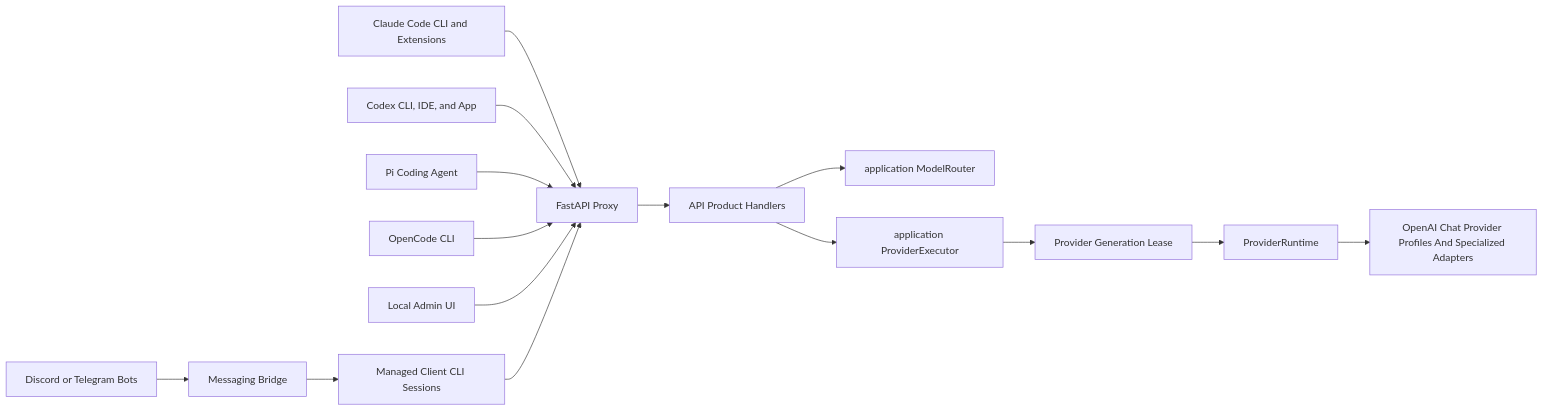
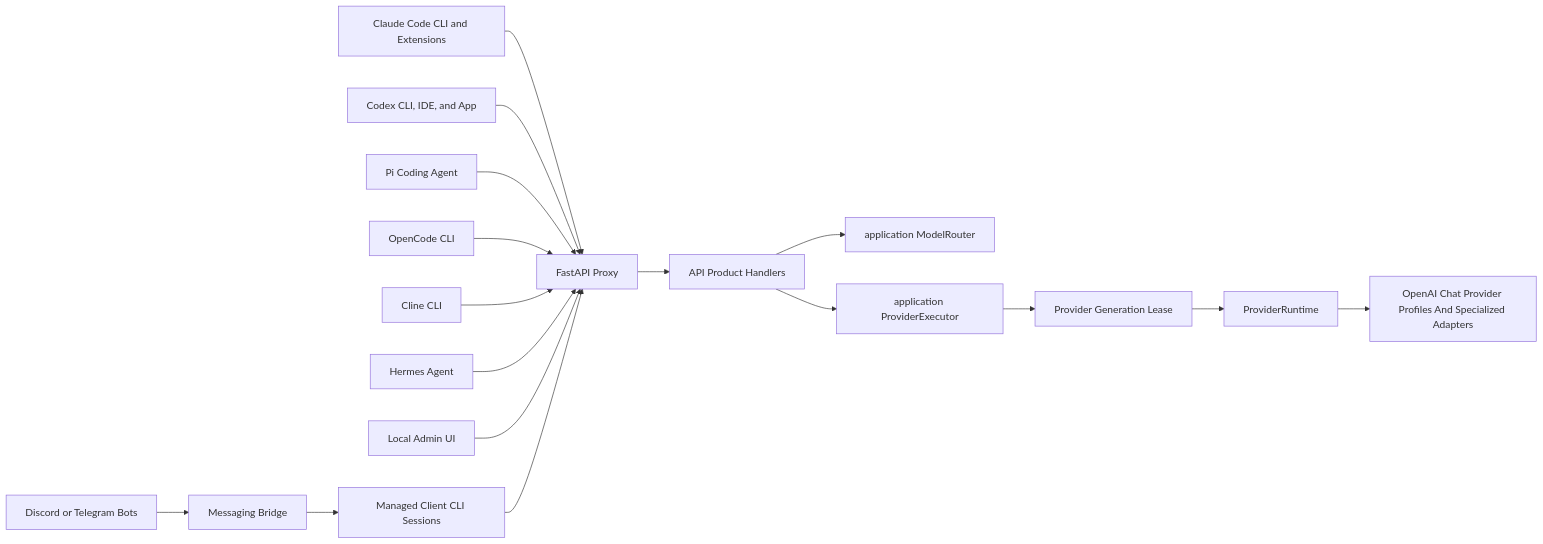
One commit to MysticCoss/free-claude-code changed the first of 3 diagrams in ARCHITECTURE.md. Above: the diagram before and after it, drawn with Mermaid. The commit also changed other lines of this file and 18 other files, not shown here.

````diff
--- a/ARCHITECTURE.md
+++ b/ARCHITECTURE.md
@@ -27,17 +28,19 @@
 ```mermaid
 flowchart LR
     ClaudeCode[Claude Code CLI and Extensions] --> ProxyAPI[FastAPI Proxy]
     Codex[Codex CLI, IDE, and App] --> ProxyAPI
     Pi[Pi Coding Agent] --> ProxyAPI
     OpenCode[OpenCode CLI] --> ProxyAPI
+    Cline[Cline CLI] --> ProxyAPI
+    Hermes[Hermes Agent] --> ProxyAPI
     AdminUI[Local Admin UI] --> ProxyAPI
     Bots[Discord or Telegram Bots] --> Messaging[Messaging Bridge]
     Messaging --> ClientCLI[Managed Client CLI Sessions]
     ClientCLI --> ProxyAPI
     ProxyAPI --> Handlers[API Product Handlers]
     Handlers --> Router[application ModelRouter]
     Handlers --> Executor[application ProviderExecutor]
     Executor --> Lease[Provider Generation Lease]
     Lease --> Providers[ProviderRuntime]
     Providers --> OpenAIChat[OpenAI Chat Provider Profiles And Specialized Adapters]
 ```
````
